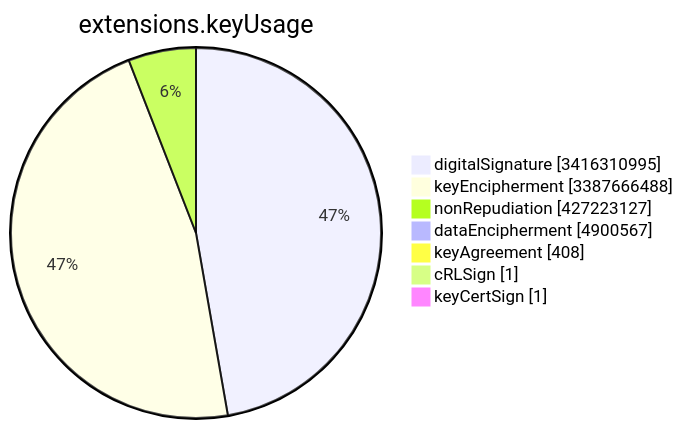
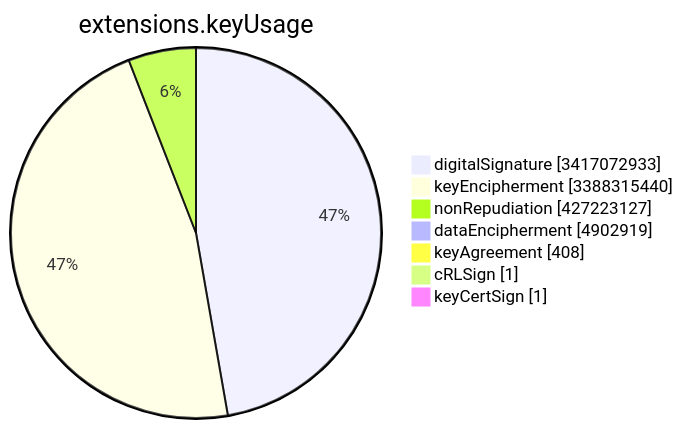
The sixth of 15 diagrams in TOTAL/README.md (christiankrug/ctmonitor_visualization), drawn with Mermaid before and after one commit. The commit also changed other lines of this file, not shown here.

````diff
--- a/TOTAL/README.md
+++ b/TOTAL/README.md
@@ -3081,11 +3081,11 @@
 ```mermaid
 pie showData
 title extensions.keyUsage
-"digitalSignature" :3416310995
-"keyEncipherment" :3387666488
+"digitalSignature" :3417072933
+"keyEncipherment" :3388315440
 "nonRepudiation" :427223127
-"dataEncipherment" :4900567
+"dataEncipherment" :4902919
 "keyAgreement" :408
 "cRLSign" :1
 "keyCertSign" :1
 ```
````
